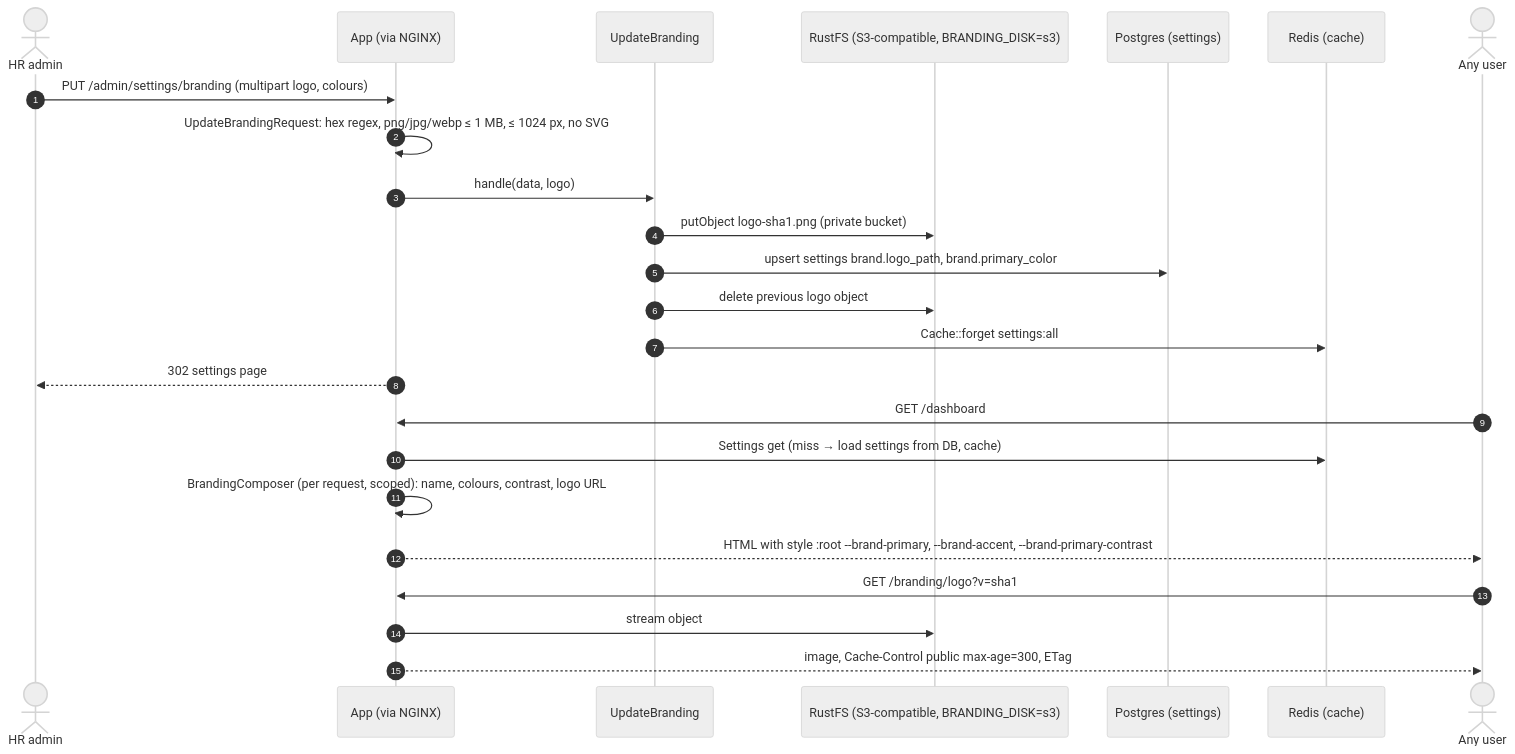
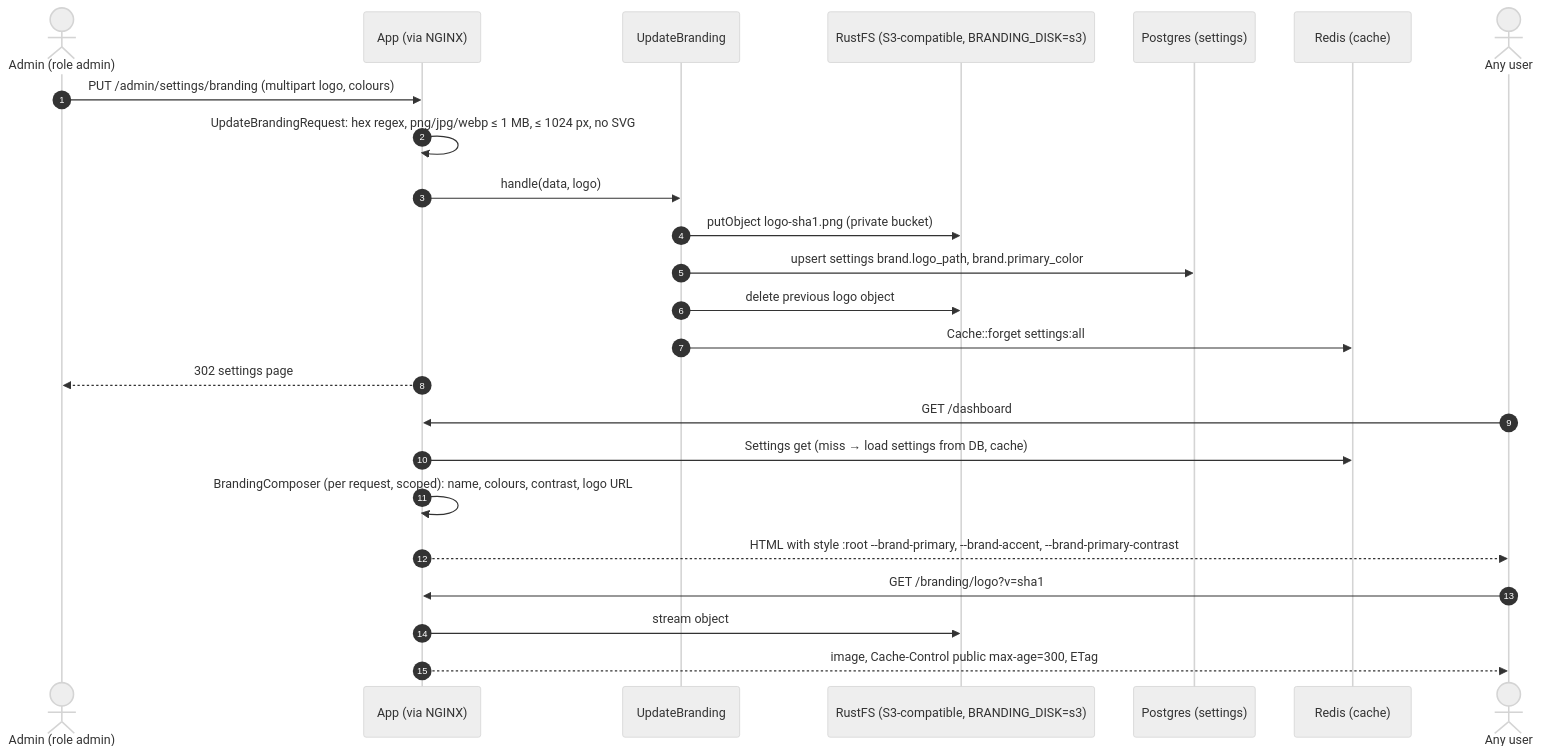
The ninth of 11 diagrams in docs/diagrams/06-sequence-diagrams.md (heyadityak/lms), drawn with Mermaid (neutral theme) before and after one commit. The commit also changed other lines of this file and 49 other files, not shown here.

````diff
--- a/docs/diagrams/06-sequence-diagrams.md
+++ b/docs/diagrams/06-sequence-diagrams.md
@@ -276,27 +276,27 @@
 ```mermaid
 sequenceDiagram
     autonumber
-    actor H as HR admin
+    actor H as Admin (role admin)
     participant A as App (via NGINX)
     participant AC as UpdateBranding
     participant S3 as RustFS (S3-compatible, BRANDING_DISK=s3)
     participant DB as Postgres (settings)
     participant R as Redis (cache)
     actor V as Any user
 
     H->>A: PUT /admin/settings/branding (multipart logo, colours)
     A->>A: UpdateBrandingRequest: hex regex, png/jpg/webp ≤ 1 MB, ≤ 1024 px, no SVG
     A->>AC: handle(data, logo)
     AC->>S3: putObject logo-sha1.png (private bucket)
     AC->>DB: upsert settings brand.logo_path, brand.primary_color
     AC->>S3: delete previous logo object
     AC->>R: Cache::forget settings:all
     A-->>H: 302 settings page
     V->>A: GET /dashboard
     A->>R: Settings get (miss → load settings from DB, cache)
     A->>A: BrandingComposer (per request, scoped): name, colours, contrast, logo URL
     A-->>V: HTML with style :root --brand-primary, --brand-accent, --brand-primary-contrast
     V->>A: GET /branding/logo?v=sha1
     A->>S3: stream object
     A-->>V: image, Cache-Control public max-age=300, ETag
 ```
````
